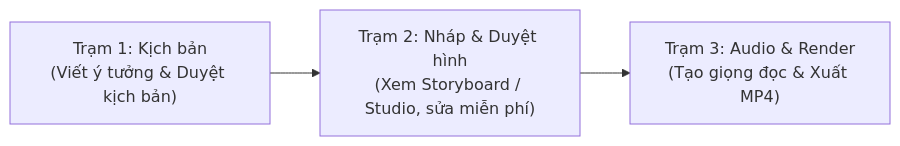
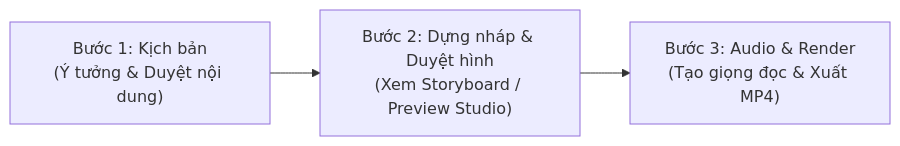
Before and after one commit to PhcdY/remotion_claudecode: the diagram in docs/HUONG_DAN_CHO_USER.md, drawn with Mermaid. The commit also changed other lines of this file and 2 other files, not shown here.

Commit message:
docs(user): toi uu huong dan cong tac vien, lam ro buoc thuc hien, preview va output google drive

````diff
--- a/docs/HUONG_DAN_CHO_USER.md
+++ b/docs/HUONG_DAN_CHO_USER.md
@@ -49,5 +89,5 @@
 ```mermaid
 flowchart LR
-    A["Trạm 1: Kịch bản<br/>(Viết ý tưởng & Duyệt kịch bản)"] --> B["Trạm 2: Nháp & Duyệt hình<br/>(Xem Storyboard / Studio, sửa miễn phí)"]
-    B --> C["Trạm 3: Audio & Render<br/>(Tạo giọng đọc & Xuất MP4)"]
+    A["Bước 1: Kịch bản<br/>(Ý tưởng & Duyệt nội dung)"] --> B["Bước 2: Dựng nháp & Duyệt hình<br/>(Xem Storyboard / Preview Studio)"]
+    B --> C["Bước 3: Audio & Render<br/>(Tạo giọng đọc & Xuất MP4)"]
 ```
````
